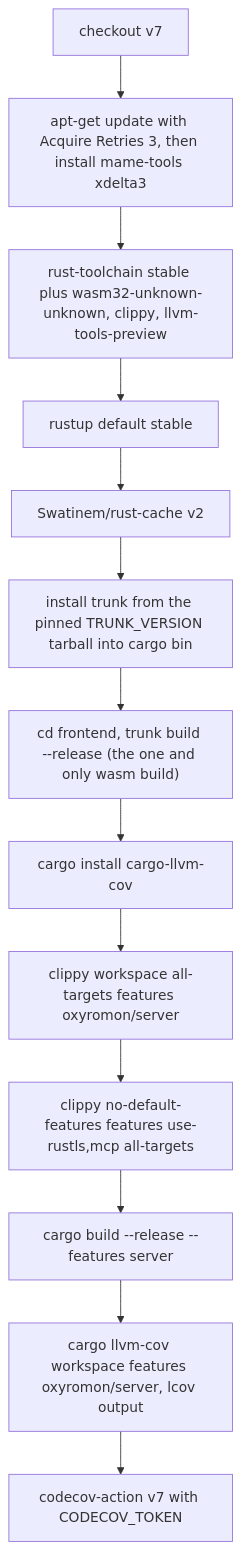
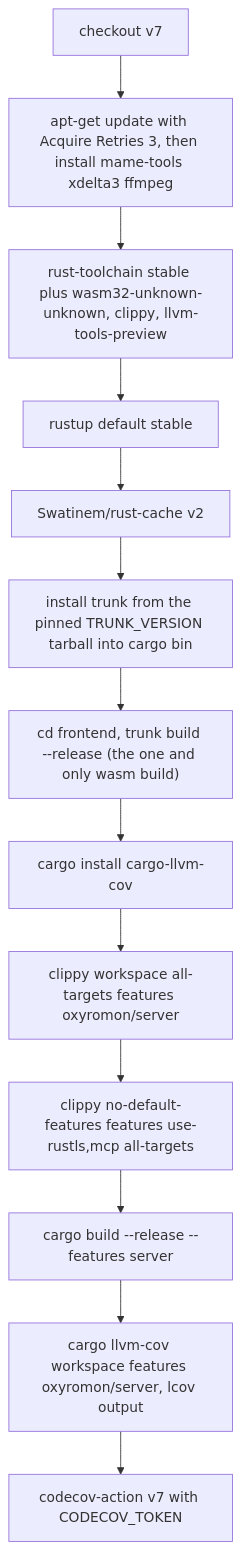
One commit to alucryd/oxyromon changed the first of 2 diagrams in openwiki/operations/ci-and-environment.md. Above: the diagram before and after it, drawn with Mermaid. The commit also changed other lines of this file and 69 other files, not shown here.

````diff
--- a/openwiki/operations/ci-and-environment.md
+++ b/openwiki/operations/ci-and-environment.md
@@ -46,15 +117,15 @@
 ```mermaid
 flowchart TD
-  CO["checkout v7"] --> APT["apt-get update with Acquire Retries 3, then install mame-tools xdelta3"]
+  CO["checkout v7"] --> APT["apt-get update with Acquire Retries 3, then install mame-tools xdelta3 ffmpeg"]
   APT --> TC["rust-toolchain stable plus wasm32-unknown-unknown, clippy, llvm-tools-preview"]
   TC --> DEF["rustup default stable"]
   DEF --> CACHE["Swatinem/rust-cache v2"]
   CACHE --> TRUNK["install trunk from the pinned TRUNK_VERSION tarball into cargo bin"]
   TRUNK --> UI["cd frontend, trunk build --release (the one and only wasm build)"]
   UI --> COV["cargo install cargo-llvm-cov"]
   COV --> L1["clippy workspace all-targets features oxyromon/server"]
   L1 --> L2["clippy no-default-features features use-rustls,mcp all-targets"]
   L2 --> B["cargo build --release --features server"]
   B --> T["cargo llvm-cov workspace features oxyromon/server, lcov output"]
   T --> U["codecov-action v7 with CODECOV_TOKEN"]
 ```
````
